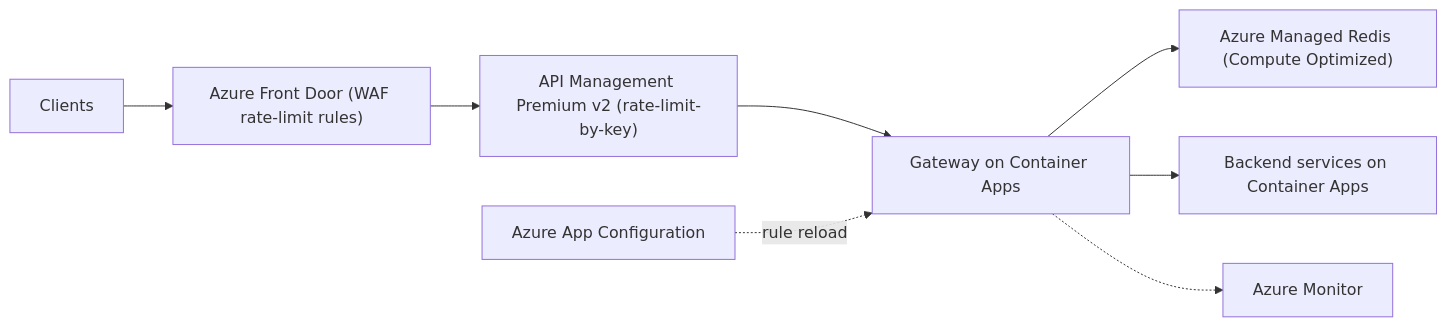
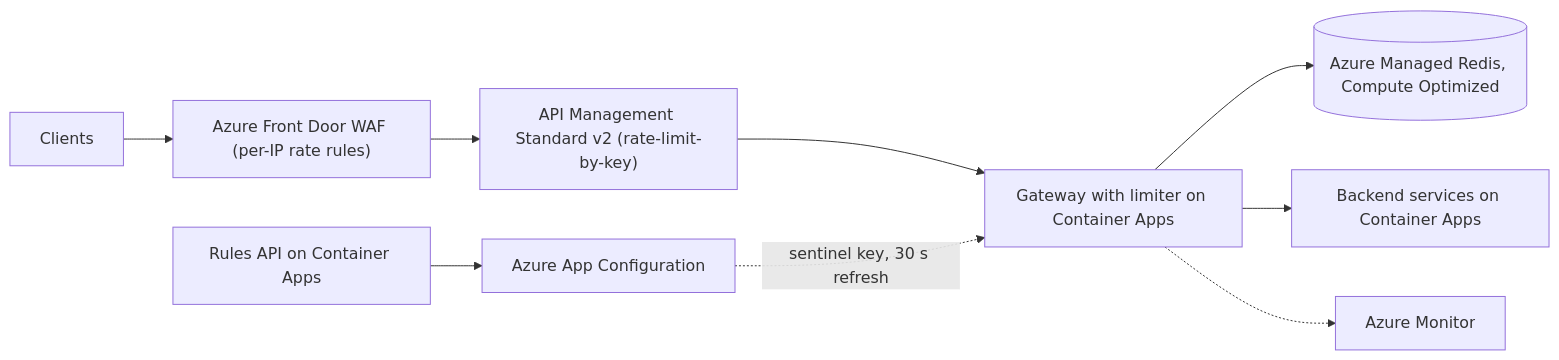
Before and after one commit to spabolu/system-design-modern: diagram 13 of 13 in docs/06-case-studies/rate-limiter.md, drawn with Mermaid. The commit also changed other lines of this file, not shown here.

First line of the commit message:
Rewrite rate limiter case study as a mock interview

````diff
--- a/docs/06-case-studies/rate-limiter.md
+++ b/docs/06-case-studies/rate-limiter.md
@@ -166,10 +414,11 @@
 ```mermaid
 flowchart LR
-  C[Clients] --> FD["Azure Front Door (WAF rate-limit rules)"]
-  FD --> APIM["API Management Premium v2 (rate-limit-by-key)"]
-  APIM --> GW["Gateway on Container Apps"]
-  GW --> AMR["Azure Managed Redis (Compute Optimized)"]
+  C[Clients] --> FD["Azure Front Door WAF (per-IP rate rules)"]
+  FD --> APIM["API Management Standard v2 (rate-limit-by-key)"]
+  APIM --> GW["Gateway with limiter on Container Apps"]
+  GW --> AMR[("Azure Managed Redis, Compute Optimized")]
   GW --> SVC["Backend services on Container Apps"]
-  AC[Azure App Configuration] -.->|"rule reload"| GW
-  GW -.-> MON[Azure Monitor]
+  RA["Rules API on Container Apps"] --> AC["Azure App Configuration"]
+  AC -.->|"sentinel key, 30 s refresh"| GW
+  GW -.-> MON["Azure Monitor"]
 ```
````
